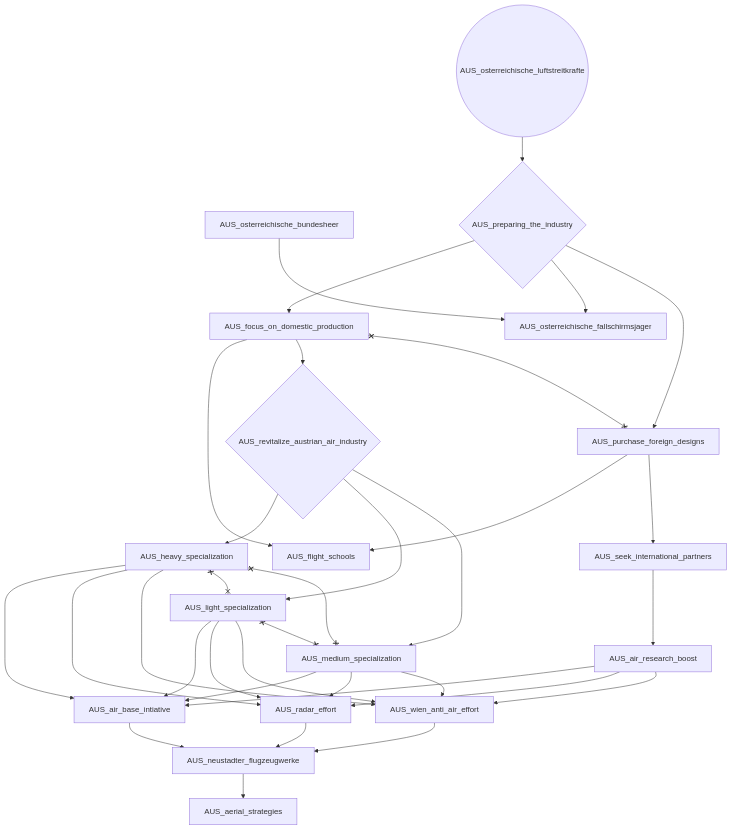
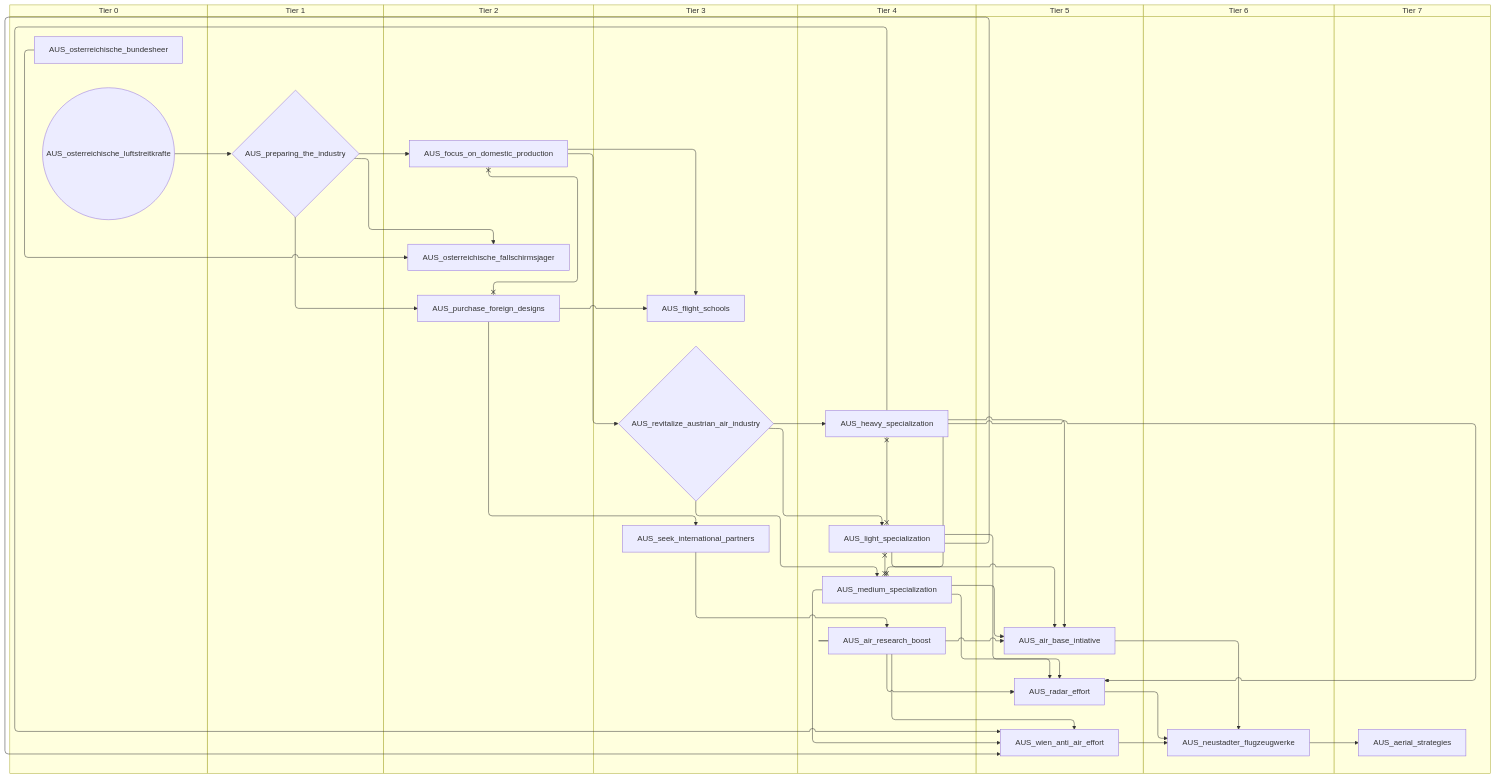
Before and after one commit to evgeny-sobol/hoi4-sandbox-mode-r56: the first of 6 diagrams in docs/gdd/National Focuses/r56/austria.md, drawn with Mermaid. The commit also changed other lines of this file and 423 other files, not shown here.

First line of the commit message:
Re-export Rt56 focus trees as swimlane diagrams

````diff
--- a/docs/gdd/National Focuses/r56/austria.md
+++ b/docs/gdd/National Focuses/r56/austria.md
@@ -3,54 +3,70 @@
 ```mermaid
-flowchart TD
-    n1["AUS_aerial_strategies"]
-    n2["AUS_air_base_intiative"]
-    n3["AUS_air_research_boost"]
-    n4["AUS_flight_schools"]
-    n5["AUS_focus_on_domestic_production"]
-    n6["AUS_heavy_specialization"]
-    n7["AUS_light_specialization"]
-    n8["AUS_medium_specialization"]
-    n9["AUS_neustadter_flugzeugwerke"]
-    n10["AUS_osterreichische_bundesheer"]
-    n11["AUS_osterreichische_fallschirmsjager"]
-    n12(("AUS_osterreichische_luftstreitkrafte"))
-    n13{"AUS_preparing_the_industry"}
-    n14["AUS_purchase_foreign_designs"]
-    n15["AUS_radar_effort"]
-    n16{"AUS_revitalize_austrian_air_industry"}
-    n17["AUS_seek_international_partners"]
-    n18["AUS_wien_anti_air_effort"]
-    n9 --> n1
-    n7 --> n2
-    n8 --> n2
-    n6 --> n2
-    n3 --> n2
-    n17 --> n3
-    n14 --> n4
-    n5 --> n4
-    n13 --> n5
-    n16 --> n6
-    n16 --> n7
-    n16 --> n8
-    n2 --> n9
-    n18 --> n9
-    n15 --> n9
-    n10 --> n11
-    n13 --> n11
-    n12 --> n13
+swimlane-beta TD
+    subgraph tier_0["Tier 0"]
+        n1["AUS_osterreichische_bundesheer"]
+        n2(("AUS_osterreichische_luftstreitkrafte"))
+    end
+    subgraph tier_1["Tier 1"]
+        n3{"AUS_preparing_the_industry"}
+    end
+    subgraph tier_2["Tier 2"]
+        n4["AUS_focus_on_domestic_production"]
+        n5["AUS_osterreichische_fallschirmsjager"]
+        n6["AUS_purchase_foreign_designs"]
+    end
+    subgraph tier_3["Tier 3"]
+        n7["AUS_flight_schools"]
+        n8{"AUS_revitalize_austrian_air_industry"}
+        n9["AUS_seek_international_partners"]
+    end
+    subgraph tier_4["Tier 4"]
+        n10["AUS_air_research_boost"]
+        n11["AUS_heavy_specialization"]
+        n12["AUS_light_specialization"]
+        n13["AUS_medium_specialization"]
+    end
+    subgraph tier_5["Tier 5"]
+        n14["AUS_air_base_intiative"]
+        n15["AUS_radar_effort"]
+        n16["AUS_wien_anti_air_effort"]
+    end
+    subgraph tier_6["Tier 6"]
+        n17["AUS_neustadter_flugzeugwerke"]
+    end
+    subgraph tier_7["Tier 7"]
+        n18["AUS_aerial_strategies"]
+    end
+    n17 --> n18
+    n12 --> n14
     n13 --> n14
-    n7 --> n15
-    n8 --> n15
-    n6 --> n15
-    n3 --> n15
-    n5 --> n16
+    n11 --> n14
+    n10 --> n14
+    n9 --> n10
+    n6 --> n7
+    n4 --> n7
+    n3 --> n4
+    n8 --> n11
+    n8 --> n12
+    n8 --> n13
     n14 --> n17
-    n7 --> n18
-    n8 --> n18
-    n6 --> n18
-    n3 --> n18
-    n5 x--x n14
-    n6 x--x n7
-    n6 x--x n8
-    n7 x--x n8
+    n16 --> n17
+    n15 --> n17
+    n1 --> n5
+    n3 --> n5
+    n2 --> n3
+    n3 --> n6
+    n12 --> n15
+    n13 --> n15
+    n11 --> n15
+    n10 --> n15
+    n4 --> n8
+    n6 --> n9
+    n12 --> n16
+    n13 --> n16
+    n11 --> n16
+    n10 --> n16
+    n4 x--x n6
+    n11 x--x n12
+    n11 x--x n13
+    n12 x--x n13
 ```
````
